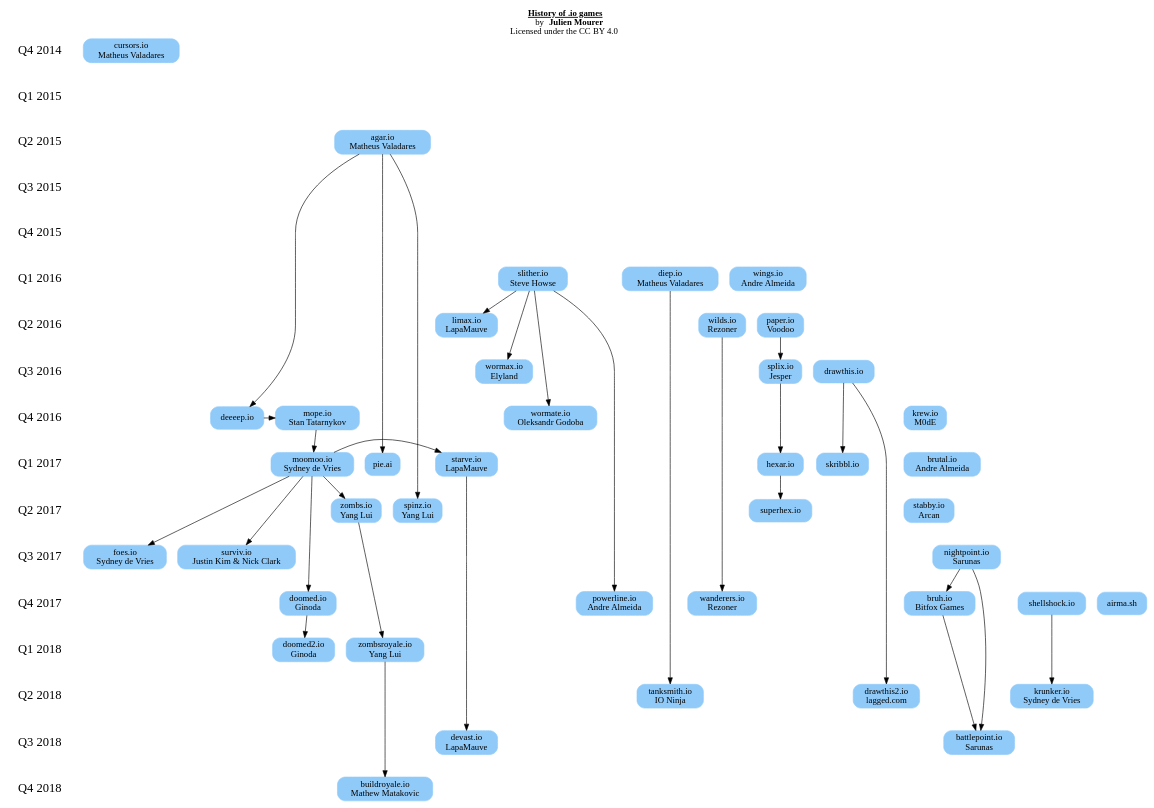
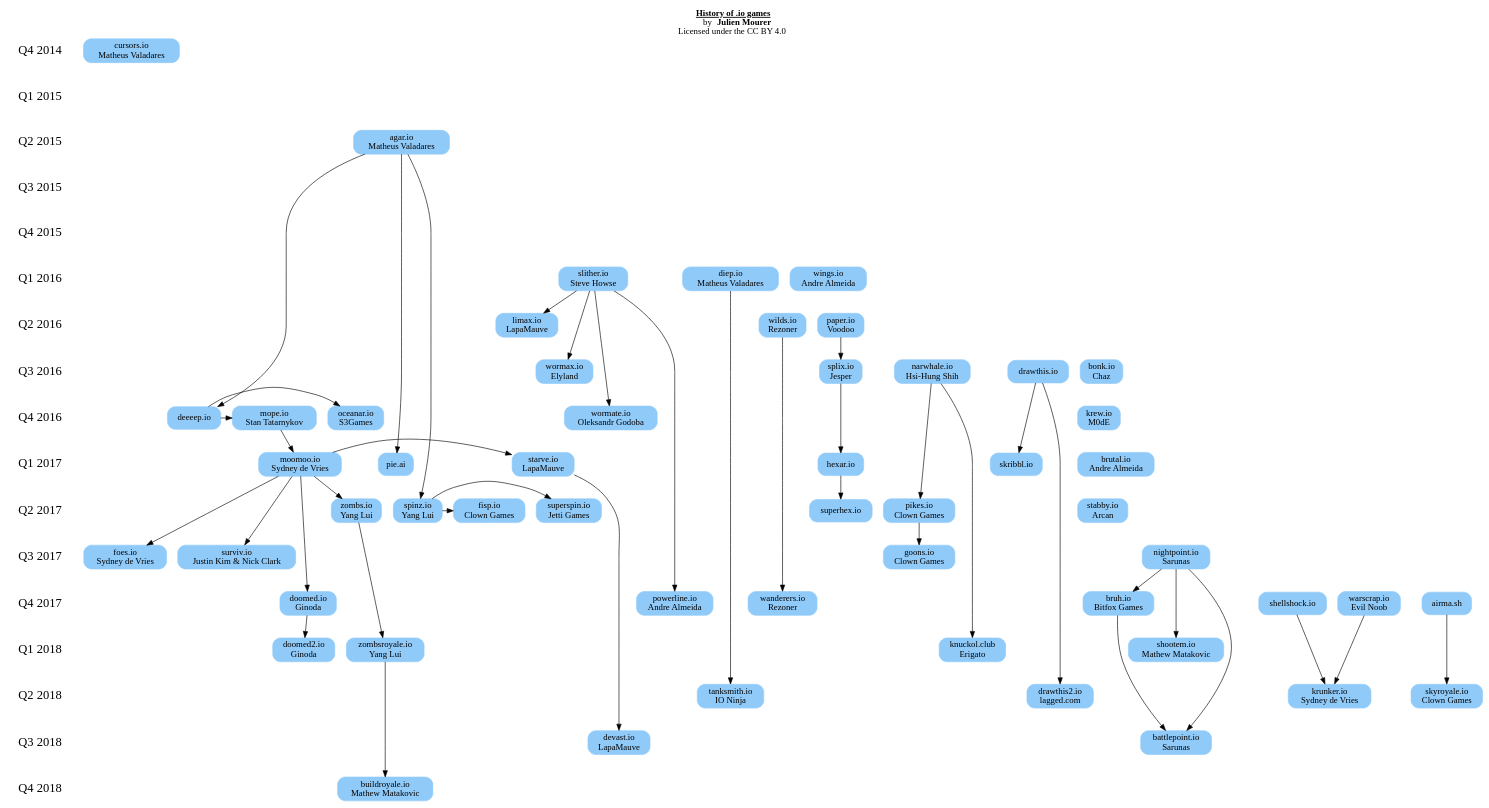
One commit to getkey/io-game-history changed the diagram in io-game-history.gv. Above: the diagram before and after it, drawn with Graphviz. The commit also changed 2 other files, not shown here.

Commit message:
Add a few more games

```diff
--- a/io-game-history.gv
+++ b/io-game-history.gv
@@ -1,109 +1,120 @@
 digraph iogames {
     labelloc="t";
     label=<<u><b>History of .io games</b></u><br/>by <b>Julien Mourer</b><br/>Licensed under the CC BY 4.0>;
 
 	{
 		node [shape=none, color=white, fillcolor=white, fontsize=20, height=.5];
 		edge [style=invis]
 
 		{ "2014q4" [label="Q4 2014"] }
 		{ "2015q1" [label="Q1 2015"] }
 		{ "2015q2" [label="Q2 2015"] }
 		{ "2015q3" [label="Q3 2015"] }
 		{ "2015q4" [label="Q4 2015"] }
 		{ "2016q1" [label="Q1 2016"] }
 		{ "2016q2" [label="Q2 2016"] }
 		{ "2016q3" [label="Q3 2016"] }
 		{ "2016q4" [label="Q4 2016"] }
 		{ "2017q1" [label="Q1 2017"] }
 		{ "2017q2" [label="Q2 2017"] }
 		{ "2017q3" [label="Q3 2017"] }
 		{ "2017q4" [label="Q4 2017"] }
 		{ "2018q1" [label="Q1 2018"] }
 		{ "2018q2" [label="Q2 2018"] }
 		{ "2018q3" [label="Q3 2018"] }
 		{ "2018q4" [label="Q4 2018"] }
 
 		"2014q4" ->
 		"2015q1" -> "2015q2" -> "2015q3" -> "2015q4" ->
 		"2016q1" -> "2016q2" -> "2016q3" -> "2016q4" ->
 		"2017q1" -> "2017q2" -> "2017q3" -> "2017q4" ->
 		"2018q1" -> "2018q2" -> "2018q3" -> "2018q4";
 	}
 
 	{
 		node [color="#90caf9", style="rounded, filled", shape=box];
 		{ rank=same; "2014q4"; "cursors.io" [label="\N\nMatheus Valadares"] }
 		{ rank=same; "2015q2"; "agar.io" [label="\N\nMatheus Valadares"] } /* https://en.wikipedia.org/wiki/Agar.io */
 		{ rank=same; "2016q1"; "slither.io" [label="\N\nSteve Howse"] } /* https://en.wikipedia.org/wiki/Slither.io */
 		{ rank=same; "2016q1"; "diep.io" [label="\N\nMatheus Valadares"] }
 		{ rank=same; "2016q1"; "wings.io" [label="\N\nAndre Almeida"] }
 		{ rank=same; "2016q2"; "limax.io" [label="\N\nLapaMauve"] }
 		{ rank=same; "2016q2"; "wilds.io" [label="\N\nRezoner"] }
 		{ rank=same; "2016q3"; "wormax.io" [label="\N\nElyland"] }
 		{ rank=same; "2016q4"; "deeeep.io" }
+		{ rank=same; "2016q4"; "oceanar.io" [label="\N\nS3Games"] }
 		{ rank=same; "2016q4"; "mope.io" [label="\N\nStan Tatarnykov"] }
 		{ rank=same; "2016q4"; "wormate.io" [label="\N\nOleksandr Godoba"] }
 		{ rank=same; "2016q2"; "paper.io" [label="\N\nVoodoo"] }
+		{ rank=same; "2016q3"; "narwhale.io" [label="\N\nHsi-Hung Shih"] }
 		{ rank=same; "2016q3"; "splix.io" [label="\N\nJesper"] }
 		{ rank=same; "2016q3"; "drawthis.io" }
+		{ rank=same; "2016q3"; "bonk.io" [label="\N\nChaz"] }
 		{ rank=same; "2016q4"; "krew.io" [label="\N\nM0dE"] }
 		{ rank=same; "2017q1"; "brutal.io" [label="\N\nAndre Almeida"] }
 		{ rank=same; "2017q1"; "hexar.io" }
 		{ rank=same; "2017q1"; "pie.ai" }
 		{ rank=same; "2017q1"; "moomoo.io" [label="\N\nSydney de Vries"] }
 		{ rank=same; "2017q1"; "starve.io" [label="\N\nLapaMauve"] }
 		{ rank=same; "2017q1"; "skribbl.io" }
 		{ rank=same; "2017q2"; "stabby.io" [label="\N\nArcan"] }
 		{ rank=same; "2017q2"; "zombs.io" [label="\N\nYang Lui"] }
 		{ rank=same; "2017q2"; "spinz.io" [label="\N\nYang Lui"] }
+		{ rank=same; "2017q2"; "superspin.io" [label="\N\nJetti Games"] }
+		{ rank=same; "2017q2"; "fisp.io" [label="\N\nClown Games"] }
+		{ rank=same; "2017q2"; "pikes.io" [label="\N\nClown Games"] }
 		{ rank=same; "2017q2"; "superhex.io" }
+		{ rank=same; "2017q3"; "goons.io" [label="\N\nClown Games"] }
 		{ rank=same; "2017q3"; "foes.io" [label="\N\nSydney de Vries"] }
 		{ rank=same; "2017q3"; "surviv.io" [label="\N\nJustin Kim & Nick Clark"] } /* https://en.wikipedia.org/wiki/Surviv.io */
 		{ rank=same; "2017q3"; "nightpoint.io" [label="\N\nSarunas"] }
 		{ rank=same; "2017q4"; "powerline.io" [label="\N\nAndre Almeida"] }
 		{ rank=same; "2017q4"; "doomed.io" [label="\N\nGinoda"] }
 		{ rank=same; "2017q4"; "bruh.io" [label="\N\nBitfox Games"] }
 		{ rank=same; "2017q4"; "wanderers.io" [label="\N\nRezoner"] }
 		{ rank=same; "2017q4"; "shellshock.io" }
+		{ rank=same; "2017q4"; "warscrap.io" [label="\N\nEvil Noob"] }
 		{ rank=same; "2017q4"; "airma.sh" }
+		{ rank=same; "2018q1"; "shootem.io" [label="\N\nMathew Matakovic"] }
 		{ rank=same; "2018q1"; "zombsroyale.io" [label="\N\nYang Lui"] }
+		{ rank=same; "2018q1"; "knuckol.club" [label="\N\nErigato"] }
 		{ rank=same; "2018q1"; "doomed2.io" [label="\N\nGinoda"] }
+		{ rank=same; "2018q2"; "skyroyale.io" [label="\N\nClown Games"] }
 		{ rank=same; "2018q2"; "tanksmith.io" [label="\N\nIO Ninja"] }
 		{ rank=same; "2018q2"; "drawthis2.io" [label="\N\nlagged.com"] }
 		{ rank=same; "2018q2"; "krunker.io" [label="\N\nSydney de Vries"] }
 		{ rank=same; "2018q3"; "devast.io" [label="\N\nLapaMauve"] }
 		{ rank=same; "2018q3"; "battlepoint.io" [label="\N\nSarunas"] }
 		{ rank=same; "2018q4"; "buildroyale.io" [label="\N\nMathew Matakovic"] }
 
 		"slither.io" -> "wormax.io";
 		"slither.io" -> "wormate.io";
 		"slither.io" -> "limax.io";
 		"slither.io" -> "powerline.io";
+		"deeeep.io" -> "oceanar.io";
+		"deeeep.io" -> "mope.io" -> "moomoo.io";
 		"moomoo.io" -> "foes.io";
-		"moomoo.io" -> "doomed.io";
-		"moomoo.io" -> "starve.io";
+		"moomoo.io" -> "doomed.io" -> "doomed2.io";
+		"moomoo.io" -> "starve.io" -> "devast.io";
 		"moomoo.io" -> "surviv.io";
-		"doomed.io" -> "doomed2.io";
+		"moomoo.io" -> "zombs.io" -> "zombsroyale.io" -> "buildroyale.io";
 		"nightpoint.io" -> "battlepoint.io";
 		"nightpoint.io" -> "bruh.io";
+		"nightpoint.io" -> "shootem.io";
 		"bruh.io" -> "battlepoint.io";
-		"zombs.io" -> "zombsroyale.io";
-		"moomoo.io" -> "zombs.io";
-		"zombsroyale.io" -> "buildroyale.io";
 		"wilds.io" -> "wanderers.io";
-		"agar.io" -> "spinz.io";
+		"agar.io" -> "spinz.io" -> "fisp.io";
+		"spinz.io" -> "superspin.io";
 		"agar.io" -> "pie.ai";
-		"starve.io" -> "devast.io";
-		"paper.io" -> "splix.io";
-		"splix.io" -> "hexar.io";
-		"hexar.io" -> "superhex.io";
+		"paper.io" -> "splix.io" -> "hexar.io" -> "superhex.io";
 		"agar.io" -> "deeeep.io";
 		"diep.io" -> "tanksmith.io";
-		"deeeep.io" -> "mope.io";
-		"mope.io" -> "moomoo.io";
+		"warscrap.io" -> "krunker.io";
 		"shellshock.io" -> "krunker.io";
 		"drawthis.io" -> "skribbl.io";
 		"drawthis.io" -> "drawthis2.io";
+		"narwhale.io" -> "pikes.io" -> "goons.io";
+		"narwhale.io" -> "knuckol.club";
+		"airma.sh" -> "skyroyale.io";
 	}
 }
```
